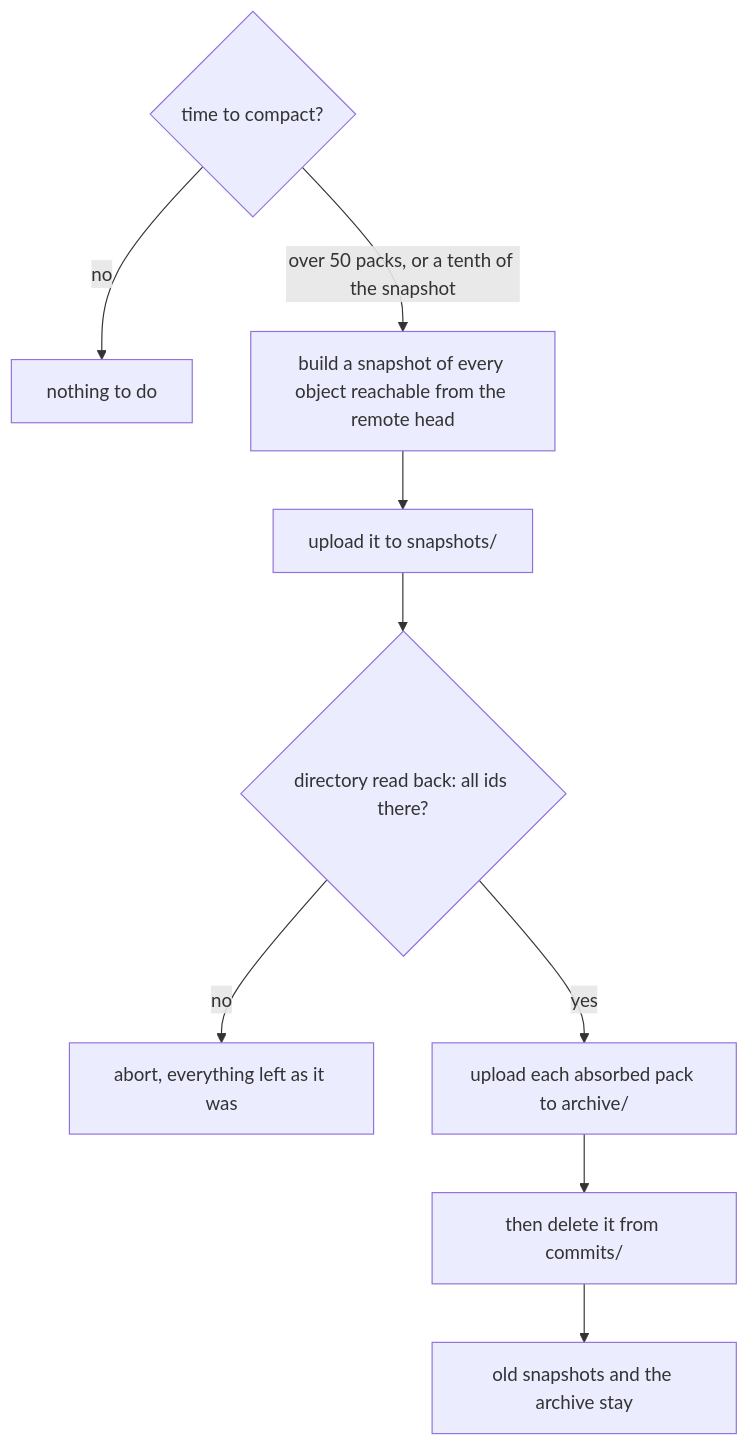
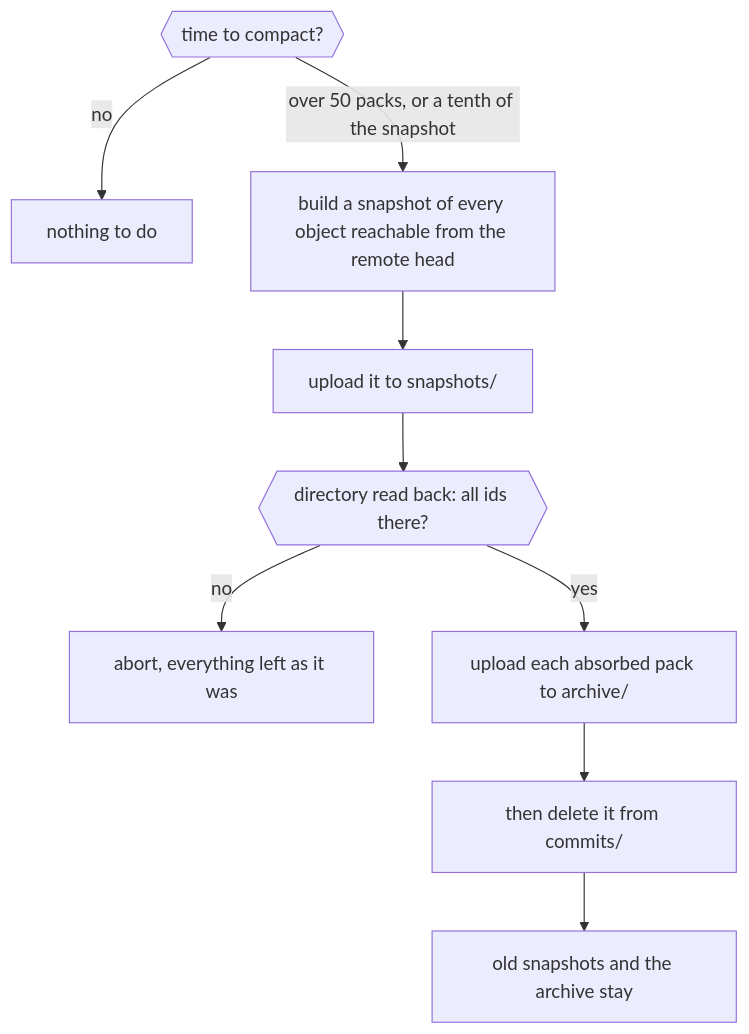
One commit to SGit-AI/SGit-AI__Website__Cli changed the fourth of 6 diagrams in articles/a-pack-per-push.md. Above: the diagram before and after it, drawn with Mermaid. The commit also changed other lines of this file and 27 other files, not shown here.

First line of the commit message:
site v0.2.4: diagrams at a readable size

````diff
--- a/articles/a-pack-per-push.md
+++ b/articles/a-pack-per-push.md
@@ -152,12 +152,12 @@
 ```mermaid
 %% Compaction: build and upload a snapshot, read its directory back before anything moves, then copy each absorbed pack to archive/ before deleting it from commits/. A crash between the last two steps leaves a pack in both places, which is harmless.
 flowchart TD
-    T{time to compact?} -- no --> Z[nothing to do]
+    T{{time to compact?}} -- no --> Z[nothing to do]
     T -- over 50 packs, or a tenth of the snapshot --> A[build a snapshot of every object reachable from the remote head]
     A --> B[upload it to snapshots/]
-    B --> C{directory read back: all ids there?}
+    B --> C{{directory read back: all ids there?}}
     C -- no --> Y[abort, everything left as it was]
     C -- yes --> D[upload each absorbed pack to archive/]
     D --> E[then delete it from commits/]
     E --> F[old snapshots and the archive stay]
 ```
````
